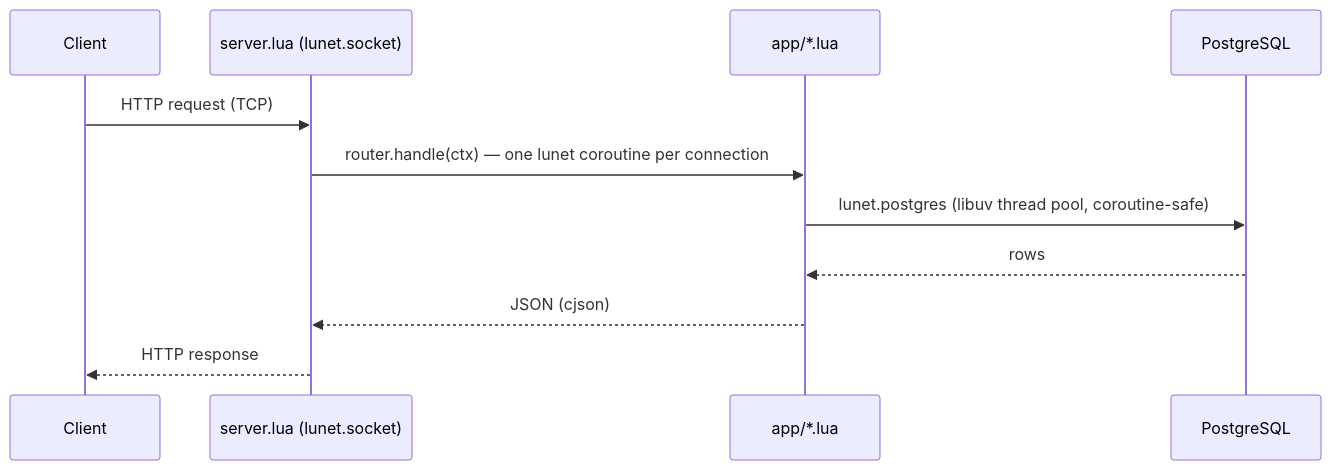
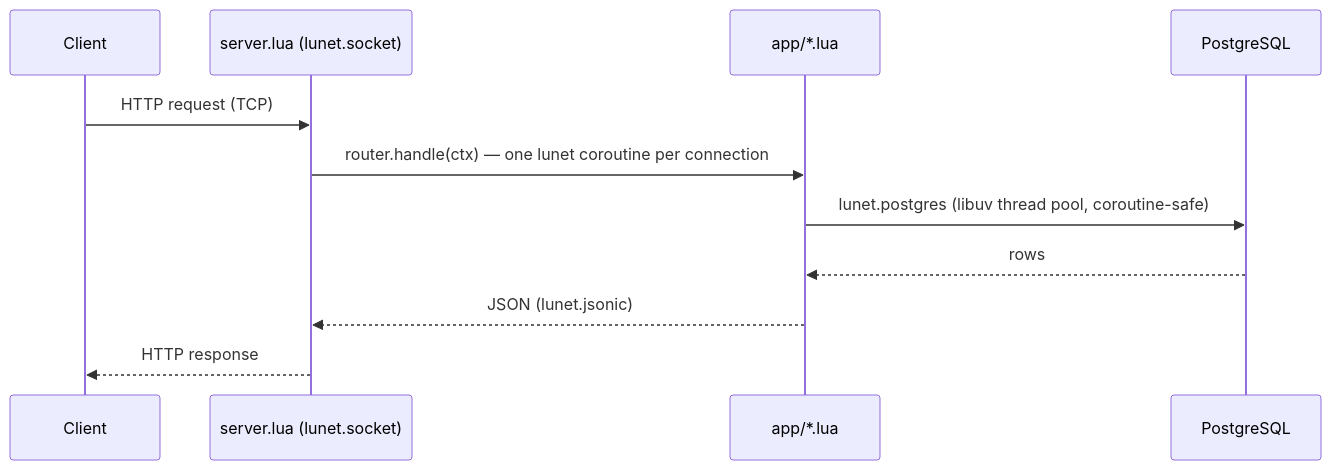
Before and after one commit to lua-lunet/realworld-lua: the diagram in README.md, drawn with Mermaid. The commit also changed other lines of this file and 19 other files, not shown here.

First line of the commit message:
Switch to lunet v0.4.3 binary release, adopt jsonic and lnt_shared

````diff
--- a/README.md
+++ b/README.md
@@ -11,14 +11,14 @@
 ```mermaid
 sequenceDiagram
     participant Client
     participant Server as server.lua (lunet.socket)
     participant Lua as app/*.lua
     participant PostgreSQL
 
     Client->>Server: HTTP request (TCP)
     Server->>Lua: router.handle(ctx) — one lunet coroutine per connection
     Lua->>PostgreSQL: lunet.postgres (libuv thread pool, coroutine-safe)
     PostgreSQL-->>Lua: rows
-    Lua-->>Server: JSON (cjson)
+    Lua-->>Server: JSON (lunet.jsonic)
     Server-->>Client: HTTP response
 ```
````
